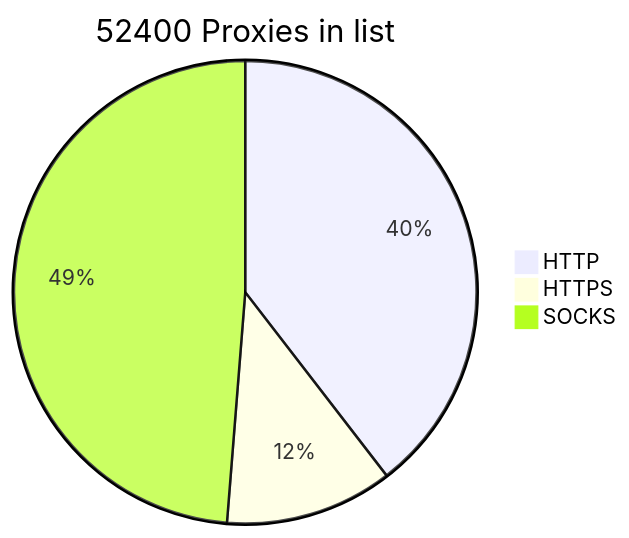
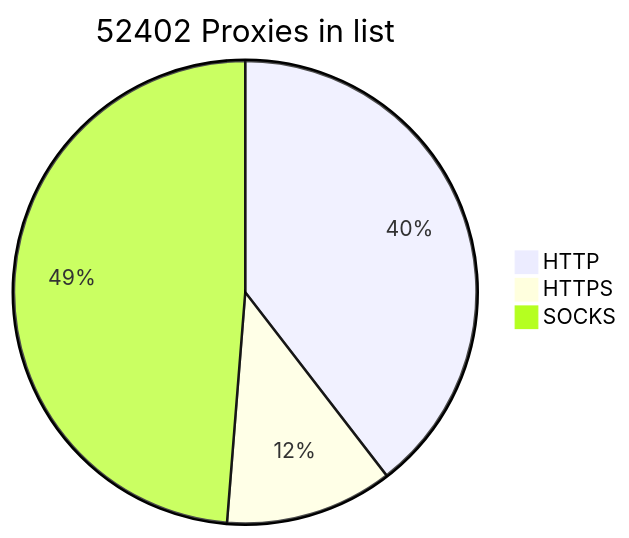
The diagram in README.md (BlackSnowDot/proxylist-update-every-minute), drawn with Mermaid before and after one commit.

````diff
--- a/README.md
+++ b/README.md
@@ -2,6 +2,6 @@
 ```mermaid
-pie title 52400 Proxies in list
+pie title 52402 Proxies in list
     "HTTP" : 23094
     "HTTPS": 6841
-    "SOCKS" : 28463
+    "SOCKS" : 28465
 ```
````
